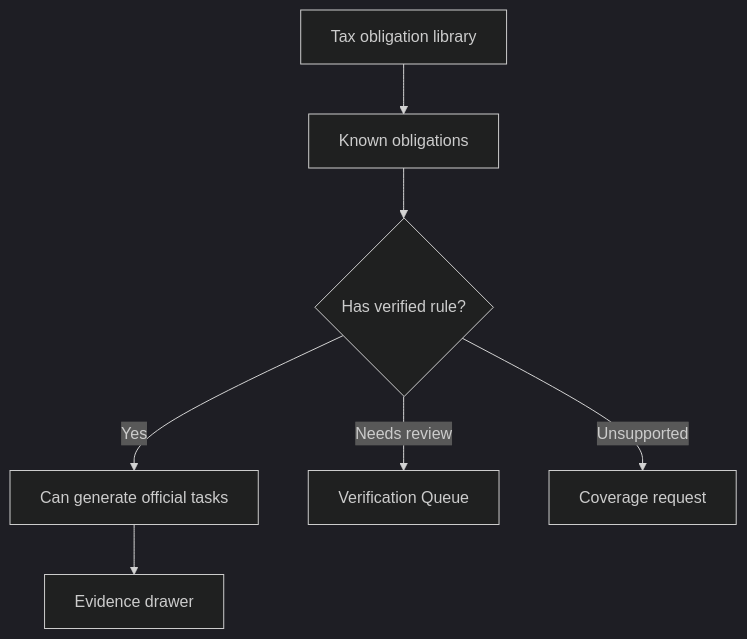
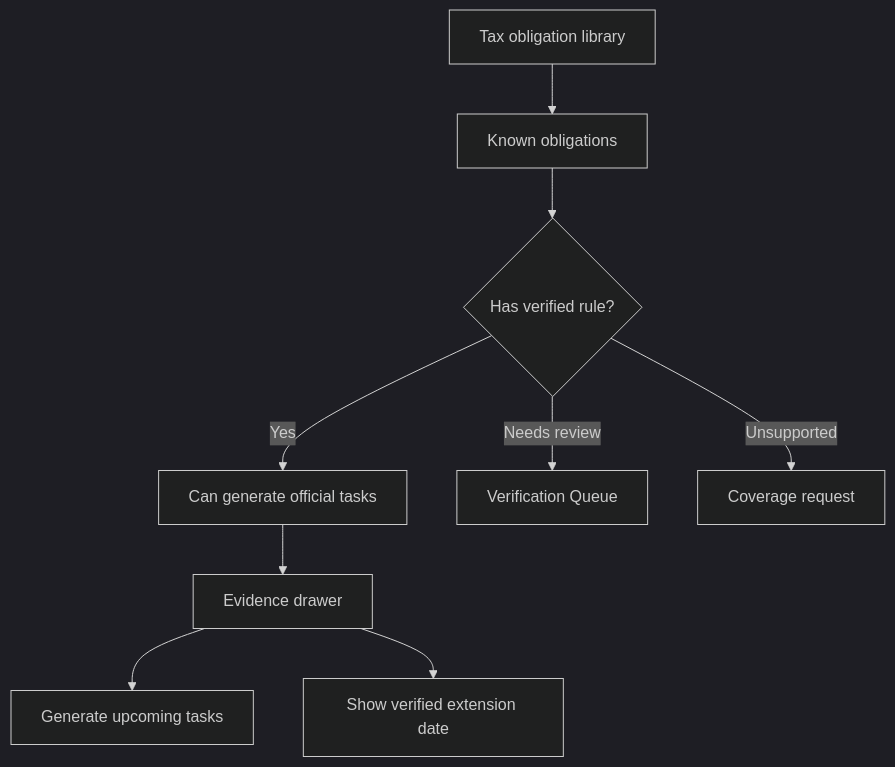
The diagram in specs/tax-obligation-library.md (Yessenia-d/DueDateHQ), drawn with Mermaid (dark theme) before and after one commit. The commit also changed other lines of this file and 36 other files, not shown here.

````diff
--- a/specs/tax-obligation-library.md
+++ b/specs/tax-obligation-library.md
@@ -17,9 +18,11 @@
 ```mermaid
 flowchart TD
   A[Tax obligation library] --> B[Known obligations]
   B --> C{Has verified rule?}
   C -- Yes --> D[Can generate official tasks]
   C -- Needs review --> E[Verification Queue]
   C -- Unsupported --> F[Coverage request]
   D --> G[Evidence drawer]
+  G --> H[Generate upcoming tasks]
+  G --> I[Show verified extension date]
 ```
````
